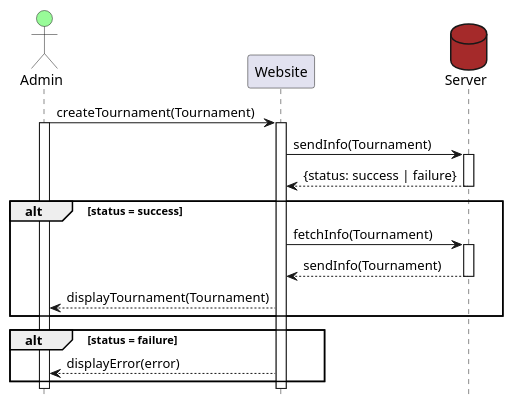
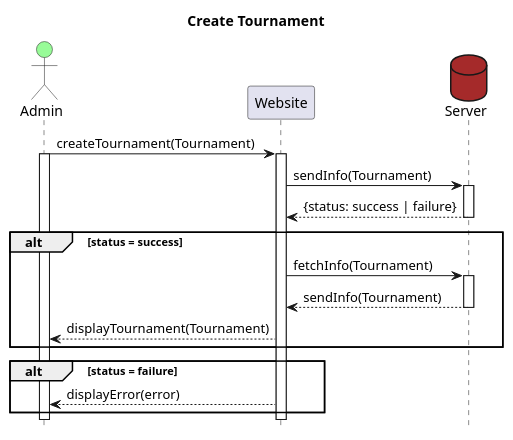
One commit to felixalbrigtsen/asura-tmdb changed the diagram in documentation/sequenceDiagramCreate.puml. Above: the diagram before and after it, drawn with PlantUML. The commit also changed 1 other file, not shown here.

```diff
--- a/documentation/sequenceDiagramCreate.puml
+++ b/documentation/sequenceDiagramCreate.puml
@@ -1,26 +1,27 @@
 @startuml Create Tournament
+title Create Tournament
 Actor Admin #palegreen
 participant Website
 database Server #brown
 hide footbox
 
 Admin->Website: createTournament(Tournament)
 activate Admin
 activate Website
 Website->Server: sendInfo(Tournament)
 activate Server
 Server-->Website: {status: success | failure}
 deactivate Server
 alt status = success
 Website->Server: fetchInfo(Tournament)
 activate Server
 Server-->Website: sendInfo(Tournament)
 deactivate Server
 Website-->Admin: displayTournament(Tournament)
 end
 alt status = failure
 Website-->Admin: displayError(error)
 end
 deactivate Admin
 deactivate Website
 @enduml
```
